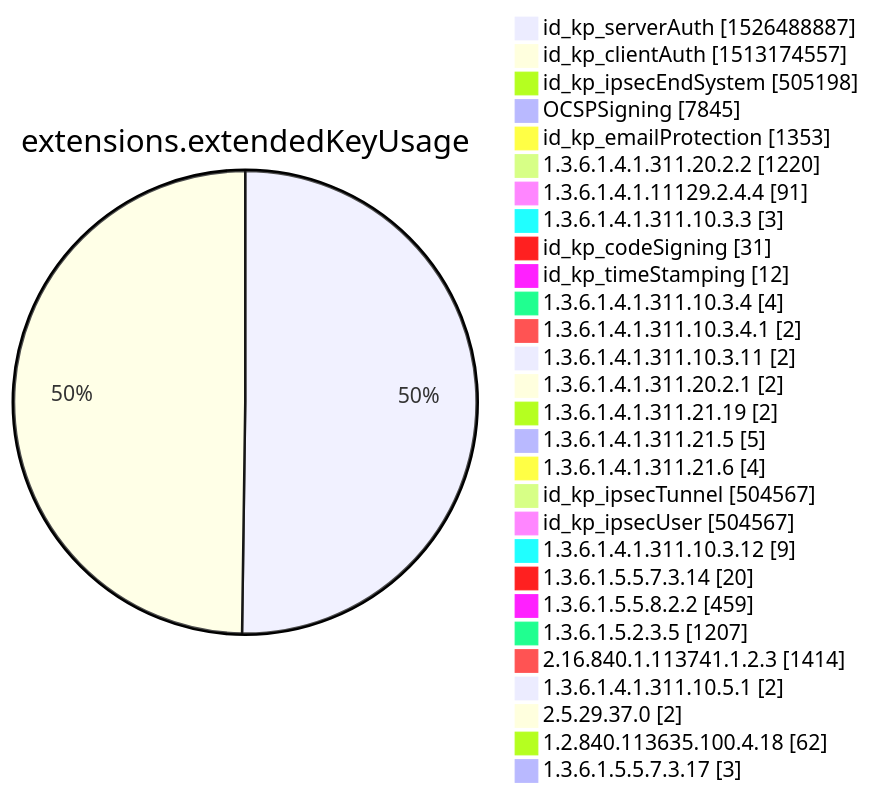
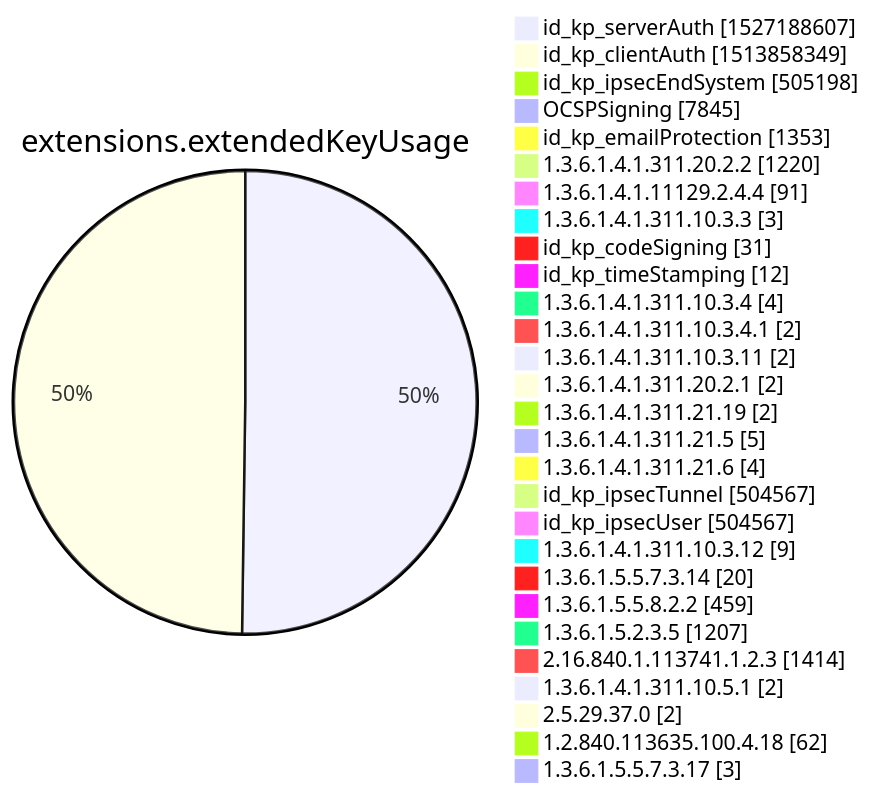
Before and after one commit to christiankrug/ctmonitor_visualization: diagram 12 of 15 in xenon2022/README.md, drawn with Mermaid. The commit also changed other lines of this file, not shown here.

````diff
--- a/xenon2022/README.md
+++ b/xenon2022/README.md
@@ -3878,32 +3878,32 @@
 ```mermaid
 pie showData
 title extensions.extendedKeyUsage
-"id_kp_serverAuth" :1526488887
-"id_kp_clientAuth" :1513174557
+"id_kp_serverAuth" :1527188607
+"id_kp_clientAuth" :1513858349
 "id_kp_ipsecEndSystem" :505198
 "OCSPSigning" :7845
 "id_kp_emailProtection" :1353
 "1.3.6.1.4.1.311.20.2.2" :1220
 "1.3.6.1.4.1.11129.2.4.4" :91
 "1.3.6.1.4.1.311.10.3.3" :3
 "id_kp_codeSigning" :31
 "id_kp_timeStamping" :12
 "1.3.6.1.4.1.311.10.3.4" :4
 "1.3.6.1.4.1.311.10.3.4.1" :2
 "1.3.6.1.4.1.311.10.3.11" :2
 "1.3.6.1.4.1.311.20.2.1" :2
 "1.3.6.1.4.1.311.21.19" :2
 "1.3.6.1.4.1.311.21.5" :5
 "1.3.6.1.4.1.311.21.6" :4
 "id_kp_ipsecTunnel" :504567
 "id_kp_ipsecUser" :504567
 "1.3.6.1.4.1.311.10.3.12" :9
 "1.3.6.1.5.5.7.3.14" :20
 "1.3.6.1.5.5.8.2.2" :459
 "1.3.6.1.5.2.3.5" :1207
 "2.16.840.1.113741.1.2.3" :1414
 "1.3.6.1.4.1.311.10.5.1" :2
 "2.5.29.37.0" :2
 "1.2.840.113635.100.4.18" :62
 "1.3.6.1.5.5.7.3.17" :3
 ```
````
